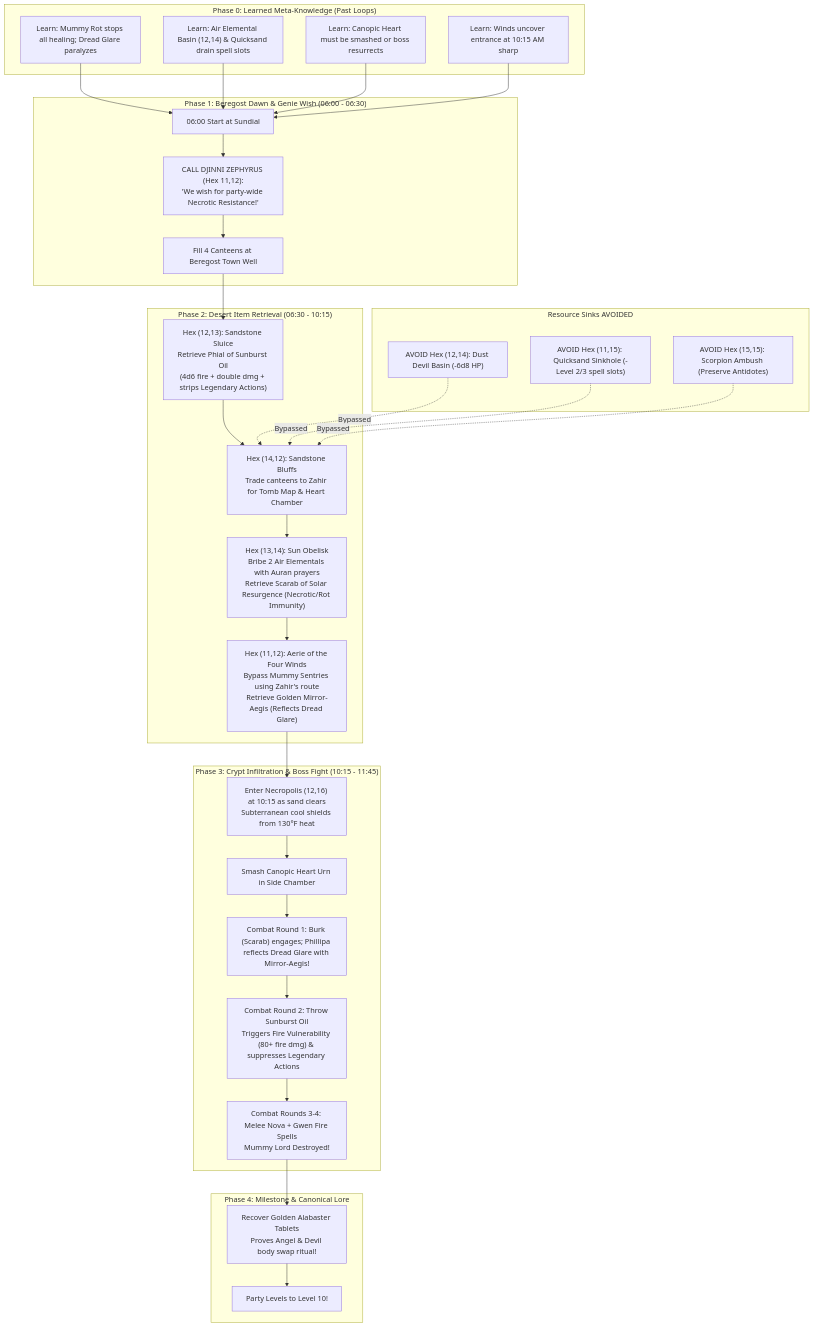
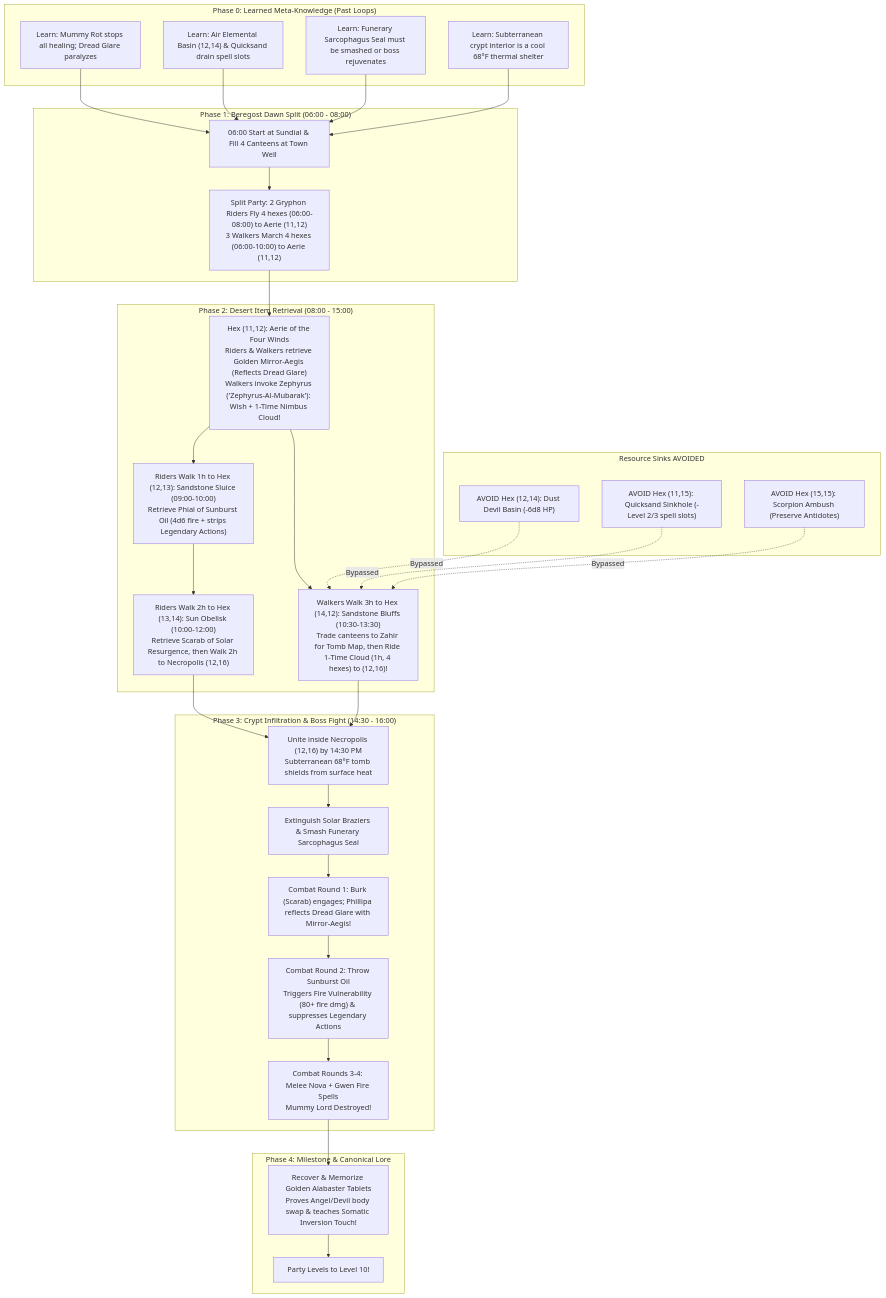
Before and after one commit to hartshor/beregost-campaign: the third of 7 diagrams in campaign_notes.md, drawn with Mermaid. The commit also changed other lines of this file and 17 other files, not shown here.

````diff
--- a/campaign_notes.md
+++ b/campaign_notes.md
@@ -1677,48 +1688,49 @@
 ```mermaid
 flowchart TD
     subgraph MetaKnowledge ["Phase 0: Learned Meta-Knowledge (Past Loops)"]
         MK1["Learn: Mummy Rot stops all healing; Dread Glare paralyzes"]
         MK2["Learn: Air Elemental Basin (12,14) & Quicksand drain spell slots"]
-        MK3["Learn: Canopic Heart must be smashed or boss resurrects"]
-        MK4["Learn: Winds uncover entrance at 10:15 AM sharp"]
+        MK3["Learn: Funerary Sarcophagus Seal must be smashed or boss rejuvenates"]
+        MK4["Learn: Subterranean crypt interior is a cool 68°F thermal shelter"]
     end
 
-    subgraph PreBuff ["Phase 1: Beregost Dawn & Genie Wish (06:00 - 06:30)"]
-        P1["06:00 Start at Sundial"]
-        P2["CALL DJINNI ZEPHYRUS (Hex 11,12):<br/>'We wish for party-wide Necrotic Resistance!'"]
-        P3["Fill 4 Canteens at Beregost Town Well"]
+    subgraph PreBuff ["Phase 1: Beregost Dawn Split (06:00 - 08:00)"]
+        P1["06:00 Start at Sundial & Fill 4 Canteens at Town Well"]
+        P2["Split Party: 2 Gryphon Riders Fly 4 hexes (06:00-08:00) to Aerie (11,12)<br/>3 Walkers March 4 hexes (06:00-10:00) to Aerie (11,12)"]
     end
 
-    subgraph ItemRoute ["Phase 2: Desert Item Retrieval (06:30 - 10:15)"]
-        R_Sluice["Hex (12,13): Sandstone Sluice<br/>Retrieve Phial of Sunburst Oil<br/>(4d6 fire + double dmg + strips Legendary Actions)"]
-        R_Zahir["Hex (14,12): Sandstone Bluffs<br/>Trade canteens to Zahir for Tomb Map & Heart Chamber"]
-        R_Scarab["Hex (13,14): Sun Obelisk<br/>Bribe 2 Air Elementals with Auran prayers<br/>Retrieve Scarab of Solar Resurgence (Necrotic/Rot Immunity)"]
-        R_Shield["Hex (11,12): Aerie of the Four Winds<br/>Bypass Mummy Sentries using Zahir's route<br/>Retrieve Golden Mirror-Aegis (Reflects Dread Glare)"]
+    subgraph ItemRoute ["Phase 2: Desert Item Retrieval (08:00 - 15:00)"]
+        R_Shield["Hex (11,12): Aerie of the Four Winds<br/>Riders & Walkers retrieve Golden Mirror-Aegis (Reflects Dread Glare)<br/>Walkers invoke Zephyrus ('Zephyrus-Al-Mubarak'): Wish + 1-Time Nimbus Cloud!"]
+        R_Sluice["Riders Walk 1h to Hex (12,13): Sandstone Sluice (09:00-10:00)<br/>Retrieve Phial of Sunburst Oil (4d6 fire + strips Legendary Actions)"]
+        R_Scarab["Riders Walk 2h to Hex (13,14): Sun Obelisk (10:00-12:00)<br/>Retrieve Scarab of Solar Resurgence, then Walk 2h to Necropolis (12,16)"]
+        R_Zahir["Walkers Walk 3h to Hex (14,12): Sandstone Bluffs (10:30-13:30)<br/>Trade canteens to Zahir for Tomb Map, then Ride 1-Time Cloud (1h, 4 hexes) to (12,16)!"]
     end
 
     subgraph Avoidance2 ["Resource Sinks AVOIDED"]
         AV3["AVOID Hex (12,14): Dust Devil Basin (-6d8 HP)"]
         AV4["AVOID Hex (11,15): Quicksand Sinkhole (-Level 2/3 spell slots)"]
         AV5["AVOID Hex (15,15): Scorpion Ambush (Preserve Antidotes)"]
     end
 
-    subgraph TombAssault ["Phase 3: Crypt Infiltration & Boss Fight (10:15 - 11:45)"]
-        T1["Enter Necropolis (12,16) at 10:15 as sand clears<br/>Subterranean cool shields from 130°F heat"]
-        T2["Smash Canopic Heart Urn in Side Chamber"]
+    subgraph TombAssault ["Phase 3: Crypt Infiltration & Boss Fight (14:30 - 16:00)"]
+        T1["Unite inside Necropolis (12,16) by 14:30 PM<br/>Subterranean 68°F tomb shields from surface heat"]
+        T2["Extinguish Solar Braziers & Smash Funerary Sarcophagus Seal"]
         T3["Combat Round 1: Burk (Scarab) engages; Phillipa reflects Dread Glare with Mirror-Aegis!"]
         T4["Combat Round 2: Throw Sunburst Oil<br/>Triggers Fire Vulnerability (80+ fire dmg) & suppresses Legendary Actions"]
         T5["Combat Rounds 3-4: Melee Nova + Gwen Fire Spells<br/>Mummy Lord Destroyed!"]
     end
 
     subgraph Resolution2 ["Phase 4: Milestone & Canonical Lore"]
-        RES1["Recover Golden Alabaster Tablets<br/>Proves Angel & Devil body swap ritual!"]
+        RES1["Recover & Memorize Golden Alabaster Tablets<br/>Proves Angel/Devil body swap & teaches Somatic Inversion Touch!"]
         RES2["Party Levels to Level 10!"]
     end
 
     MK1 & MK2 & MK3 & MK4 --> P1
-    P1 --> P2 --> P3
-    P3 --> R_Sluice --> R_Zahir --> R_Scarab --> R_Shield --> T1
+    P1 --> P2 --> R_Shield
+    R_Shield --> R_Sluice & R_Zahir
+    R_Sluice --> R_Scarab --> T1
+    R_Zahir --> T1
     AV3 & AV4 & AV5 -.->|Bypassed| R_Zahir
     T1 --> T2 --> T3 --> T4 --> T5
     T5 --> RES1 --> RES2
 ```
````
